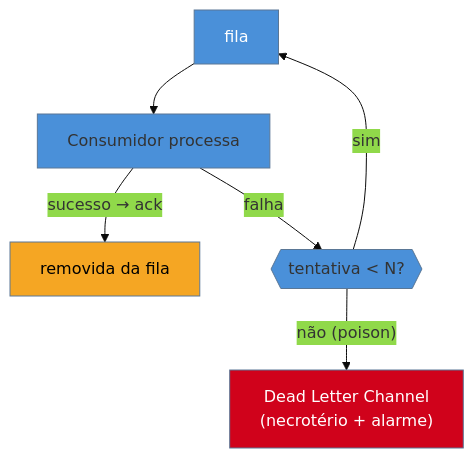
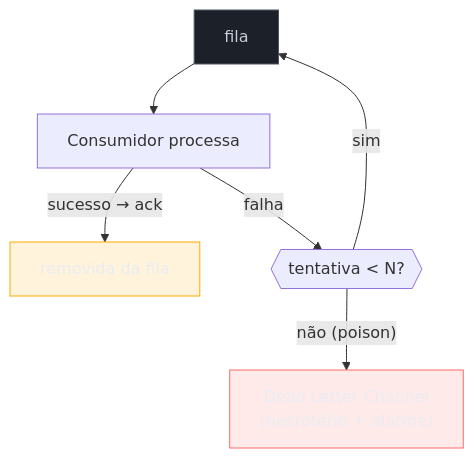
One commit to josenaldo/codex-technomanticus changed the diagram in 03-Dominios/Engenharia/Design de Software/Padrões de Projeto/Integração Empresarial (EIP)/13 - Guaranteed Delivery + Dead Letter Channel.md. Above: the diagram before and after it, drawn with Mermaid. The commit also changed 1181 other files, not shown here.

First line of the commit message:
fix(diagramas): paleta do sistema no lugar de cor cravada no markdown

````diff
--- a/03-Dominios/Engenharia/Design de Software/Padrões de Projeto/Integração Empresarial (EIP)/13 - Guaranteed Delivery + Dead Letter Channel.md
+++ b/03-Dominios/Engenharia/Design de Software/Padrões de Projeto/Integração Empresarial (EIP)/13 - Guaranteed Delivery + Dead Letter Channel.md
@@ -45,13 +45,15 @@
 ```mermaid
-%%{init: {"theme": "base", "themeVariables": {"primaryColor": "#4A90D9"}}}%%
 graph TD
+    classDef neutro fill:#1B2029,stroke:#4E5666,color:#C6CCD8
+    classDef falha fill:#FF6B6B24,stroke:#FF6B6B,color:#E9ECF2
+    classDef destaque fill:#FFAA0024,stroke:#FFAA00,color:#E9ECF2
     Q["fila"] --> C["Consumidor processa"]
     C -->|"sucesso → ack"| OK["removida da fila"]
     C -->|"falha"| RT{{"tentativa < N?"}}
     RT -->|"sim"| Q
     RT -->|"não (poison)"| DLQ["Dead Letter Channel<br/>(necrotério + alarme)"]
 
-    style Q fill:#4A90D9,color:#fff
-    style DLQ fill:#D0021B,color:#fff
-    style OK fill:#F5A623,color:#000
+    class Q neutro
+    class DLQ falha
+    class OK destaque
 ```
````
